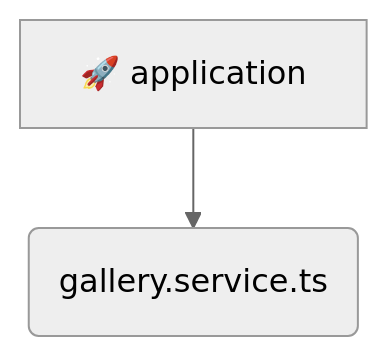
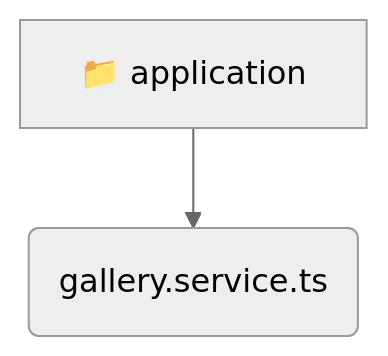
Before and after one commit to beginwebdev2002/fullstack-mavluda: the diagram in backend/src/modules/gallery/application/README.md, drawn with Mermaid (neutral theme). The commit also changed other lines of this file and 155 other files, not shown here.

````diff
--- a/backend/src/modules/gallery/application/README.md
+++ b/backend/src/modules/gallery/application/README.md
@@ -9,5 +9,5 @@
 ```mermaid
 graph TD
-  application[🚀 application]
-  application --> gallery_service_ts(gallery.service.ts)
+  application[📁 application]
+  application --> application_gallery_service_ts(gallery.service.ts)
 ```
````
